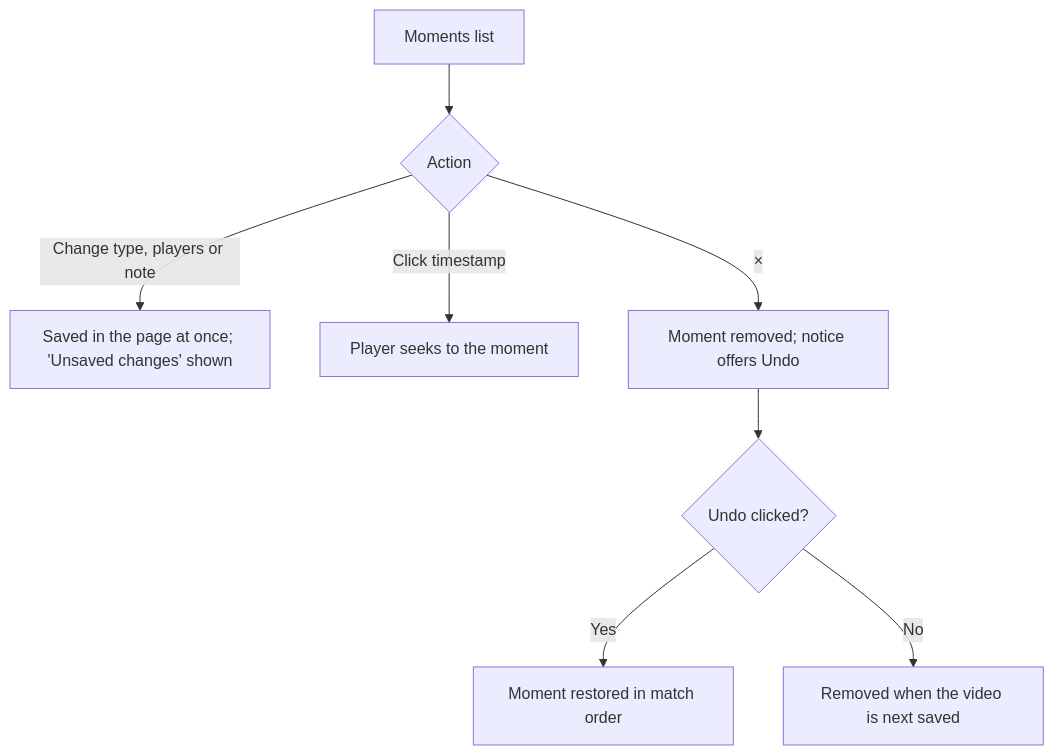
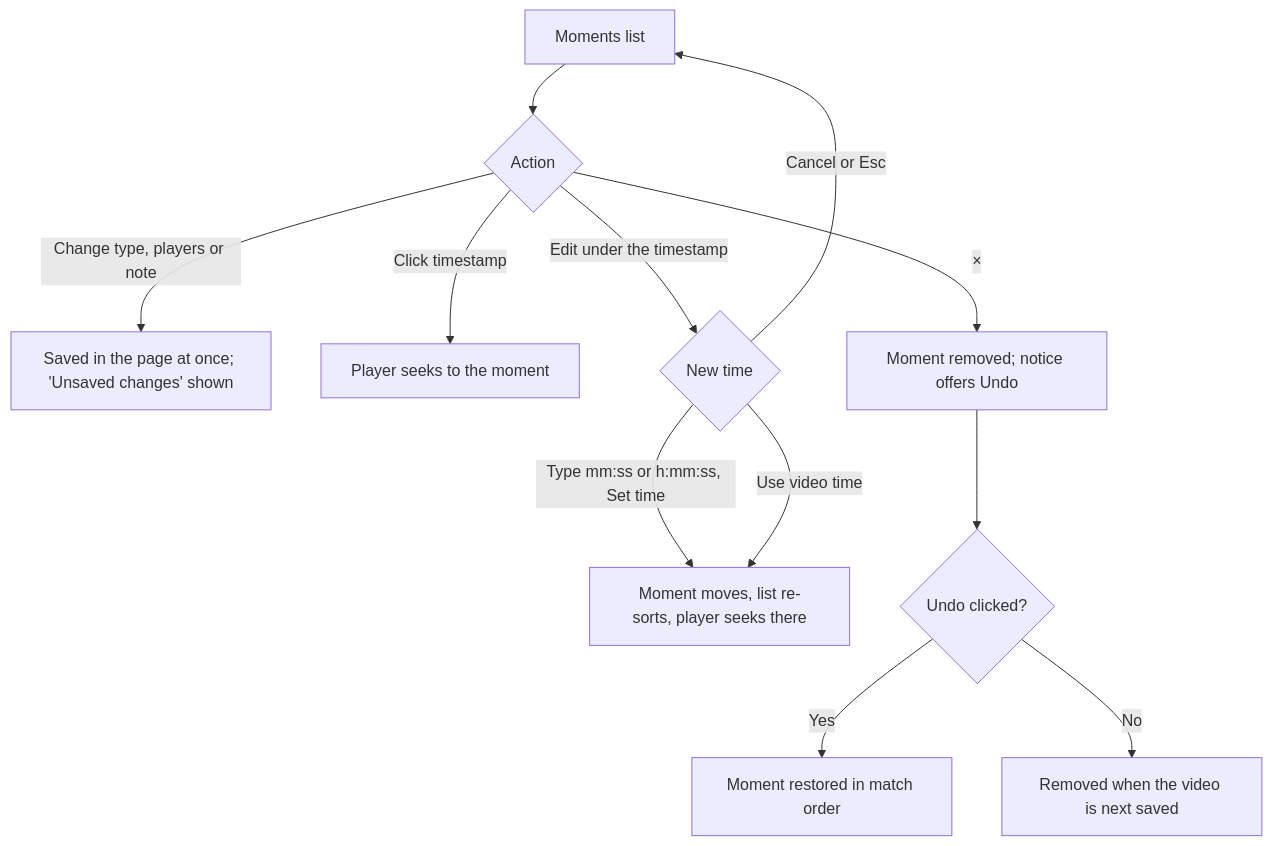
One commit to LeandroBerretta/touchline-video-tagging changed the fifth of 12 diagrams in docs/USE_CASE_FLOWS.md. Above: the diagram before and after it, drawn with Mermaid. The commit also changed other lines of this file and 4 other files, not shown here.

First line of the commit message:
Edit moment times, always allow saving, keep Mark button still

````diff
--- a/docs/USE_CASE_FLOWS.md
+++ b/docs/USE_CASE_FLOWS.md
@@ -119,10 +121,14 @@
 ```mermaid
 flowchart TD
   A[Moments list] --> B{Action}
   B -- Change type, players or note --> C[Saved in the page at once; 'Unsaved changes' shown]
   B -- Click timestamp --> D[Player seeks to the moment]
+  B -- Edit under the timestamp --> T{New time}
+  T -- "Type mm:ss or h:mm:ss, Set time" --> T1[Moment moves, list re-sorts, player seeks there]
+  T -- Use video time --> T1
+  T -- Cancel or Esc --> A
   B -- × --> E[Moment removed; notice offers Undo]
   E --> F{Undo clicked?}
   F -- Yes --> G[Moment restored in match order]
   F -- No --> H[Removed when the video is next saved]
 ```
````
